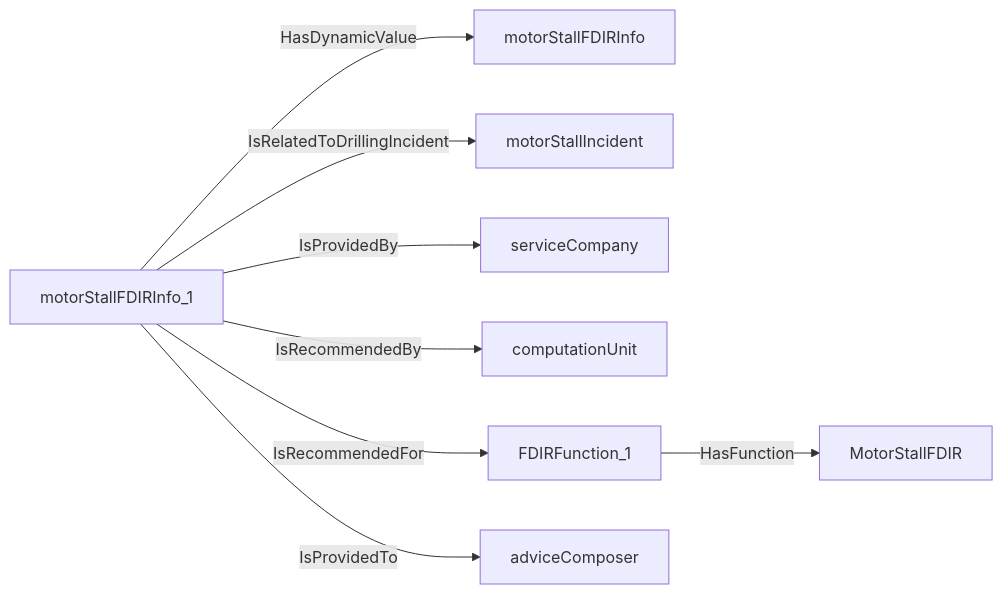
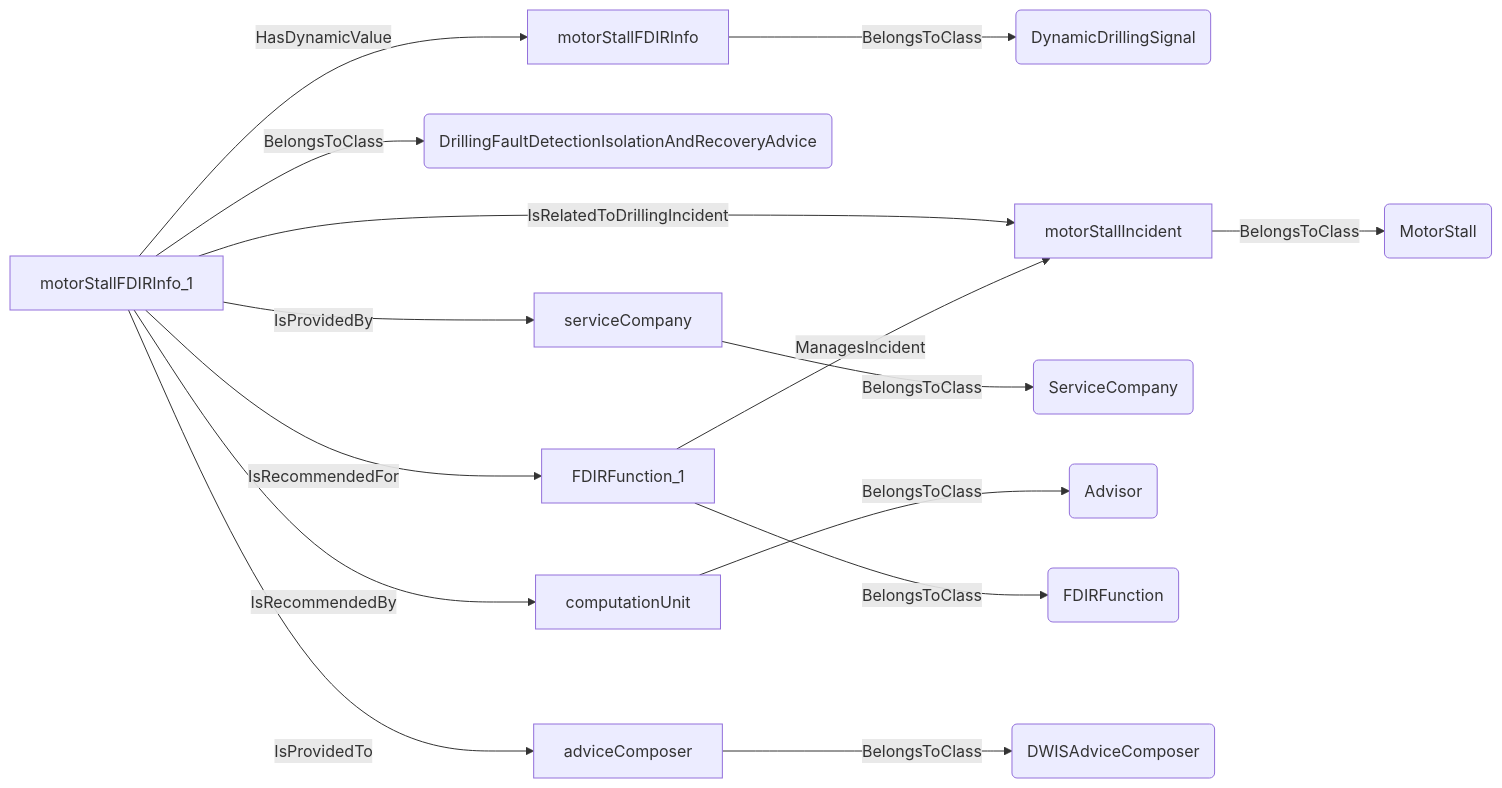
Diagram 16 of 17 in docs/vocabulary_development/auto-generated/md/definition-files/DrillingIncident.md (D-WIS/DDHub-Semantic-Interoperability), drawn with Mermaid before and after one commit. The commit also changed other lines of this file and 14 other files, not shown here.

````diff
--- a/docs/vocabulary_development/auto-generated/md/definition-files/DrillingIncident.md
+++ b/docs/vocabulary_development/auto-generated/md/definition-files/DrillingIncident.md
@@ -763,10 +931,17 @@
 ```mermaid
 graph LR
-	N0000[motorStallFDIRInfo_1] -->|HasDynamicValue| N0001[motorStallFDIRInfo] 
-	N0000[motorStallFDIRInfo_1] -->|IsRelatedToDrillingIncident| N0002[motorStallIncident] 
-	N0000[motorStallFDIRInfo_1] -->|IsProvidedBy| N0003[serviceCompany] 
-	N0000[motorStallFDIRInfo_1] -->|IsRecommendedBy| N0004[computationUnit] 
-	N0005[FDIRFunction_1] -->|HasFunction| N0006["MotorStallFDIR"] 
-	N0000[motorStallFDIRInfo_1] -->|IsRecommendedFor| N0005[FDIRFunction_1] 
-	N0000[motorStallFDIRInfo_1] -->|IsProvidedTo| N0007[adviceComposer] 
+	N0000[motorStallFDIRInfo] -->|BelongsToClass| N0001(DynamicDrillingSignal) 
+	N0002[motorStallFDIRInfo_1] -->|BelongsToClass| N0003(DrillingFaultDetectionIsolationAndRecoveryAdvice) 
+	N0002[motorStallFDIRInfo_1] -->|HasDynamicValue| N0000[motorStallFDIRInfo] 
+	N0004[motorStallIncident] -->|BelongsToClass| N0005(MotorStall) 
+	N0002[motorStallFDIRInfo_1] -->|IsRelatedToDrillingIncident| N0004[motorStallIncident] 
+	N0006[serviceCompany] -->|BelongsToClass| N0007(ServiceCompany) 
+	N0002[motorStallFDIRInfo_1] -->|IsProvidedBy| N0006[serviceCompany] 
+	N0008[computationUnit] -->|BelongsToClass| N0009(Advisor) 
+	N0002[motorStallFDIRInfo_1] -->|IsRecommendedBy| N0008[computationUnit] 
+	N0010[FDIRFunction_1] -->|BelongsToClass| N0011(FDIRFunction) 
+	N0010[FDIRFunction_1] -->|ManagesIncident| N0004[motorStallIncident] 
+	N0002[motorStallFDIRInfo_1] -->|IsRecommendedFor| N0010[FDIRFunction_1] 
+	N0012[adviceComposer] -->|BelongsToClass| N0013(DWISAdviceComposer) 
+	N0002[motorStallFDIRInfo_1] -->|IsProvidedTo| N0012[adviceComposer] 
 ```
````
